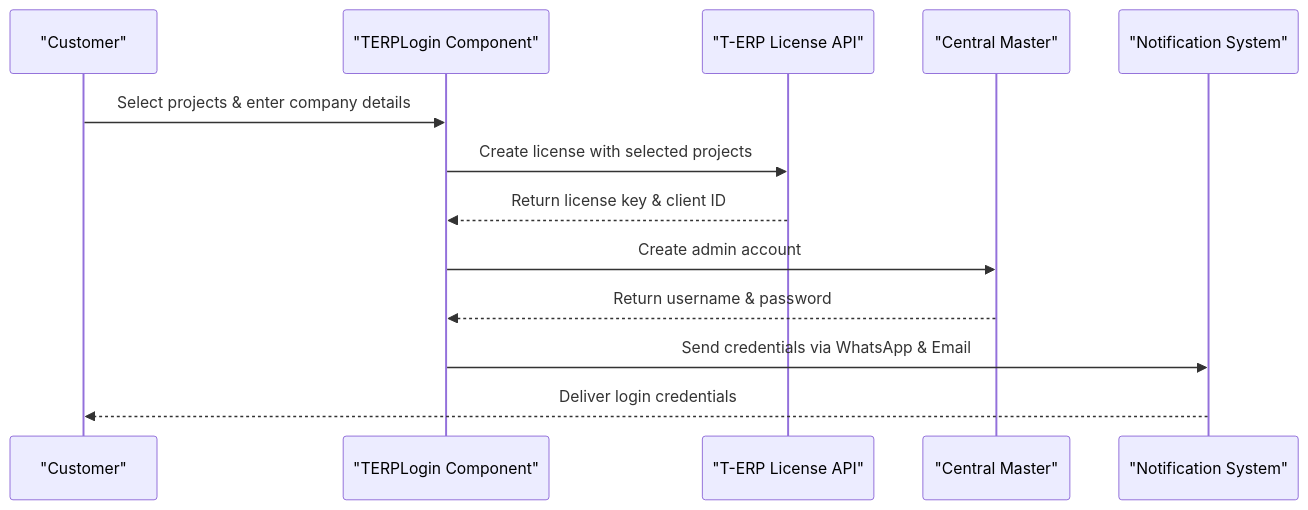
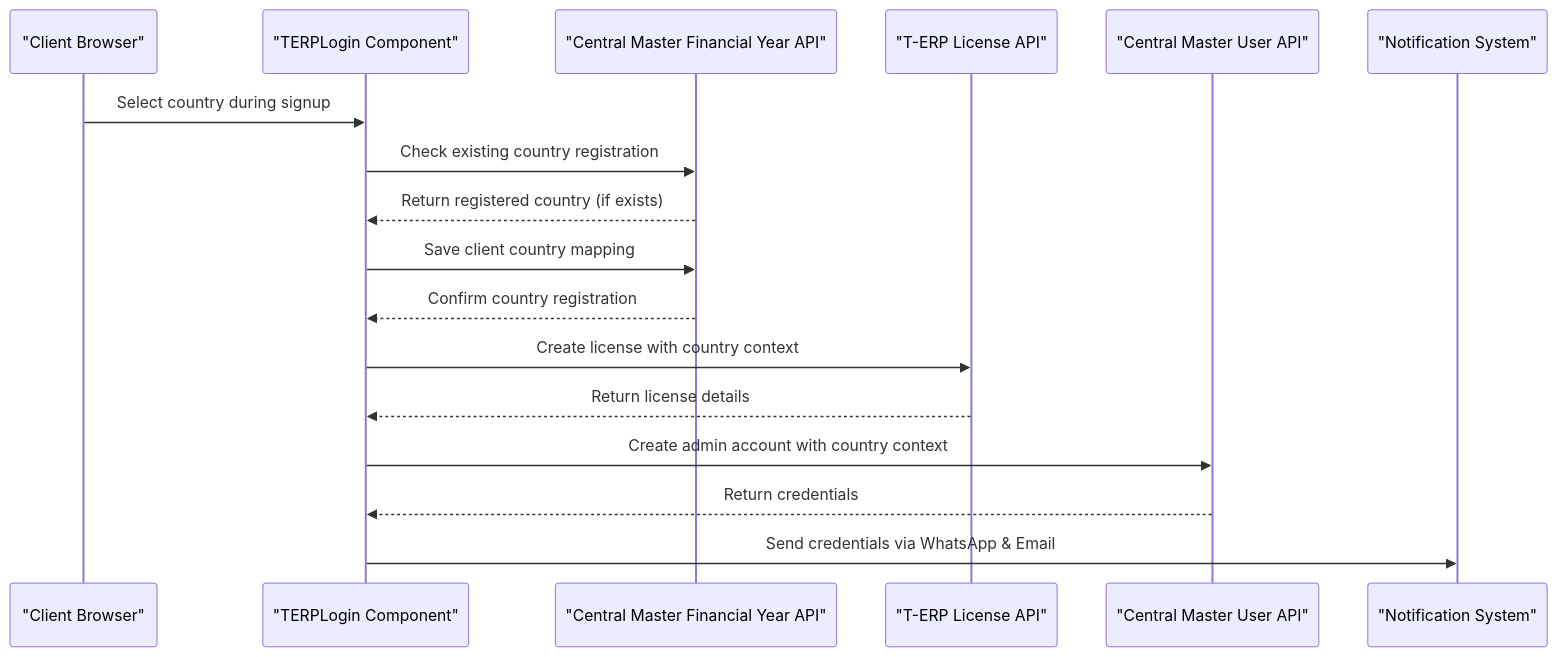
One commit to imcbsglobal/TRELLISCO_ERP_FRONTEND changed the second of 4 diagrams in .qoder/repowiki/en/content/Application Architecture/Authentication & Authorization.md. Above: the diagram before and after it, drawn with Mermaid. The commit also changed other lines of this file and 29 other files, not shown here.

````diff
--- a/.qoder/repowiki/en/content/Application Architecture/Authentication & Authorization.md
+++ b/.qoder/repowiki/en/content/Application Architecture/Authentication & Authorization.md
@@ -134,15 +136,19 @@
 ```mermaid
 sequenceDiagram
-participant Customer as "Customer"
+participant Client as "Client Browser"
 participant TERPLogin as "TERPLogin Component"
+participant FinancialYearAPI as "Central Master Financial Year API"
 participant LicenseAPI as "T-ERP License API"
-participant UserMaster as "Central Master"
+participant UserMaster as "Central Master User API"
 participant Notifications as "Notification System"
-Customer->>TERPLogin : Select projects & enter company details
-TERPLogin->>LicenseAPI : Create license with selected projects
-LicenseAPI-->>TERPLogin : Return license key & client ID
-TERPLogin->>UserMaster : Create admin account
-UserMaster-->>TERPLogin : Return username & password
+Client->>TERPLogin : Select country during signup
+TERPLogin->>FinancialYearAPI : Check existing country registration
+FinancialYearAPI-->>TERPLogin : Return registered country (if exists)
+TERPLogin->>FinancialYearAPI : Save client country mapping
+FinancialYearAPI-->>TERPLogin : Confirm country registration
+TERPLogin->>LicenseAPI : Create license with country context
+LicenseAPI-->>TERPLogin : Return license details
+TERPLogin->>UserMaster : Create admin account with country context
+UserMaster-->>TERPLogin : Return credentials
 TERPLogin->>Notifications : Send credentials via WhatsApp & Email
-Notifications-->>Customer : Deliver login credentials
 ```
````
